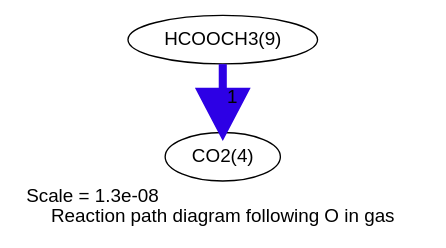
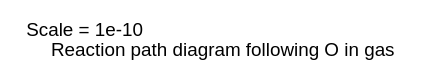
Before and after one commit to comocheng/meOH-analysis: the diagram in cantera_simulations/RMG_wDeut/reaction_path_O_gas.dot, drawn with Graphviz. The commit also changed 257 other files, not shown here.

```diff
--- a/cantera_simulations/RMG_wDeut/reaction_path_O_gas.dot
+++ b/cantera_simulations/RMG_wDeut/reaction_path_O_gas.dot
@@ -1,9 +1,5 @@
 digraph reaction_paths {
 center=1;
-s9 -> s4[fontname="Helvetica", penwidth=6, arrowsize=3, color="0.7, 1.5, 0.9"
-, label=" 1"];
-s4 [ fontname="Helvetica", label="CO2(4)"];
-s9 [ fontname="Helvetica", label="HCOOCH3(9)"];
- label = "Scale = 1.3e-08\l Reaction path diagram following O in gas";
+ label = "Scale = 1e-10\l Reaction path diagram following O in gas";
  fontname = "Helvetica";
 }
```
